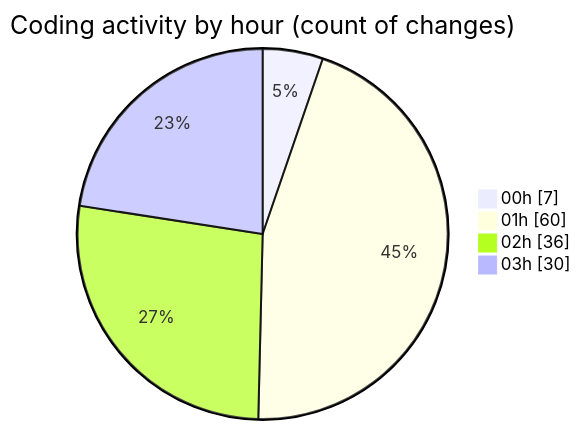
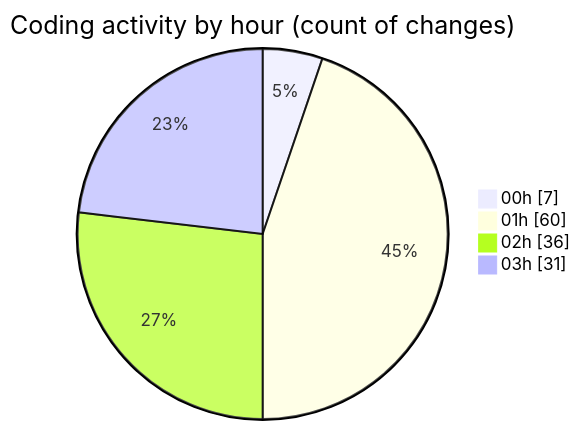
Before and after one commit to julien-gomy/code-tracking: the second of 2 diagrams in 2025-10-07/eventscop-frontend-guide__workspace_/README.md, drawn with Mermaid. The commit also changed other lines of this file and 1 other file, not shown here.

````diff
--- a/2025-10-07/eventscop-frontend-guide__workspace_/README.md
+++ b/2025-10-07/eventscop-frontend-guide__workspace_/README.md
@@ -86,8 +87,8 @@
 ```mermaid
 pie showData
 title Coding activity by hour (count of changes)
 "00h" : 7
 "01h" : 60
 "02h" : 36
-"03h" : 30
+"03h" : 31
 ```
````
